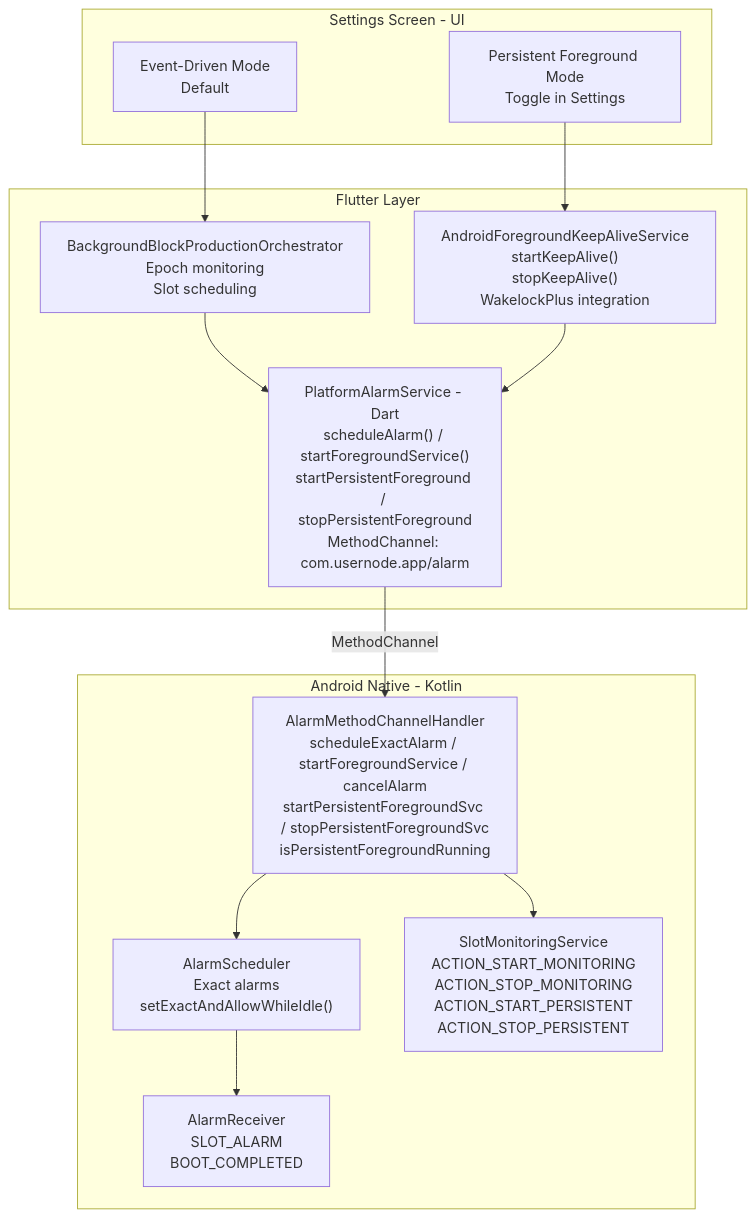
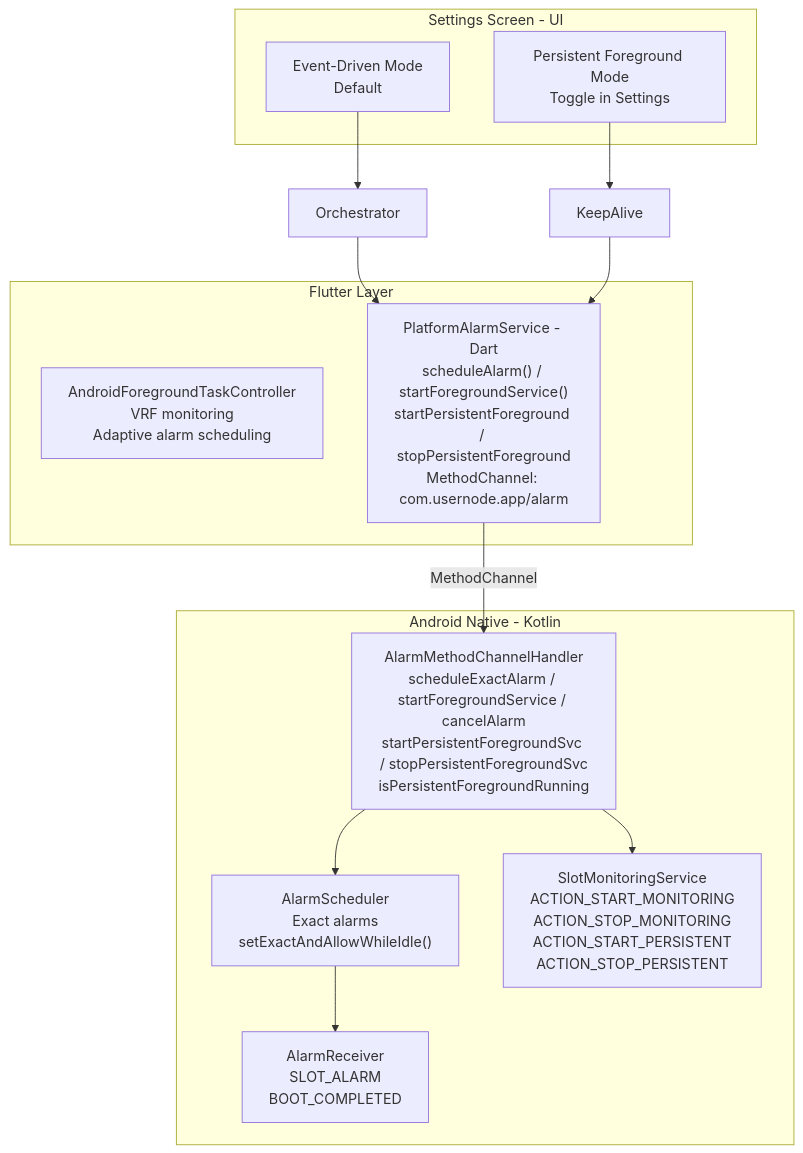
The first of 6 diagrams in docs/ANDROID_BACKGROUND_BLOCK_PRODUCTION_WORKFLOW.md (Usernode-Labs/flutter-mobile-app), drawn with Mermaid before and after one commit. The commit also changed other lines of this file and 19 other files, not shown here.

First line of the commit message:
feat(bg_bp): rework background/foreground block production

````diff
--- a/docs/ANDROID_BACKGROUND_BLOCK_PRODUCTION_WORKFLOW.md
+++ b/docs/ANDROID_BACKGROUND_BLOCK_PRODUCTION_WORKFLOW.md
@@ -27,29 +27,28 @@
 ```mermaid
 flowchart TB
     subgraph UI["Settings Screen - UI"]
         EventMode["Event-Driven Mode<br/>Default"]
         PersistMode["Persistent Foreground Mode<br/>Toggle in Settings"]
     end
 
     subgraph Flutter["Flutter Layer"]
-        Orchestrator["BackgroundBlockProductionOrchestrator<br/>Epoch monitoring<br/>Slot scheduling"]
-        KeepAlive["AndroidForegroundKeepAliveService<br/>startKeepAlive()<br/>stopKeepAlive()<br/>WakelockPlus integration"]
+        ForegroundTask["AndroidForegroundTaskController<br/>VRF monitoring<br/>Adaptive alarm scheduling"]
         PlatformAlarm["PlatformAlarmService - Dart<br/>scheduleAlarm() / startForegroundService()<br/>startPersistentForeground / stopPersistentForeground<br/>MethodChannel: com.usernode.app/alarm"]
     end
 
     subgraph Android["Android Native - Kotlin"]
         ChannelHandler["AlarmMethodChannelHandler<br/>scheduleExactAlarm / startForegroundService / cancelAlarm<br/>startPersistentForegroundSvc / stopPersistentForegroundSvc<br/>isPersistentForegroundRunning"]
         AlarmScheduler["AlarmScheduler<br/>Exact alarms<br/>setExactAndAllowWhileIdle()"]
         SlotService["SlotMonitoringService<br/>ACTION_START_MONITORING<br/>ACTION_STOP_MONITORING<br/>ACTION_START_PERSISTENT<br/>ACTION_STOP_PERSISTENT"]
         AlarmReceiver["AlarmReceiver<br/>SLOT_ALARM<br/>BOOT_COMPLETED"]
     end
 
     EventMode --> Orchestrator
     PersistMode --> KeepAlive
     Orchestrator --> PlatformAlarm
     KeepAlive --> PlatformAlarm
     PlatformAlarm -->|"MethodChannel"| ChannelHandler
     ChannelHandler --> AlarmScheduler
     ChannelHandler --> SlotService
     AlarmScheduler --> AlarmReceiver
 ```
````
